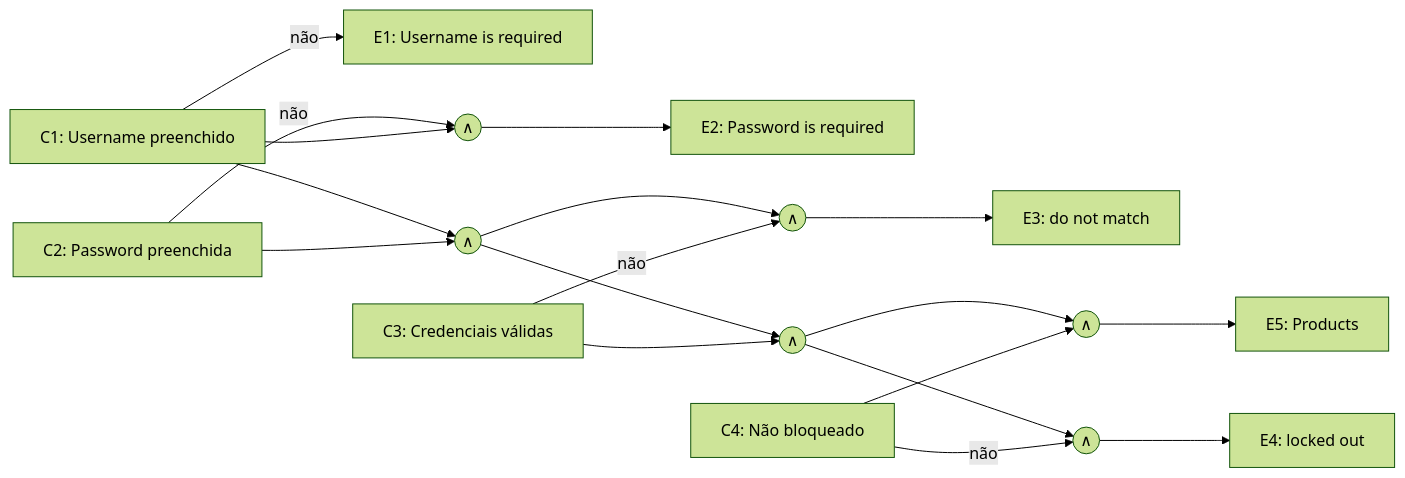
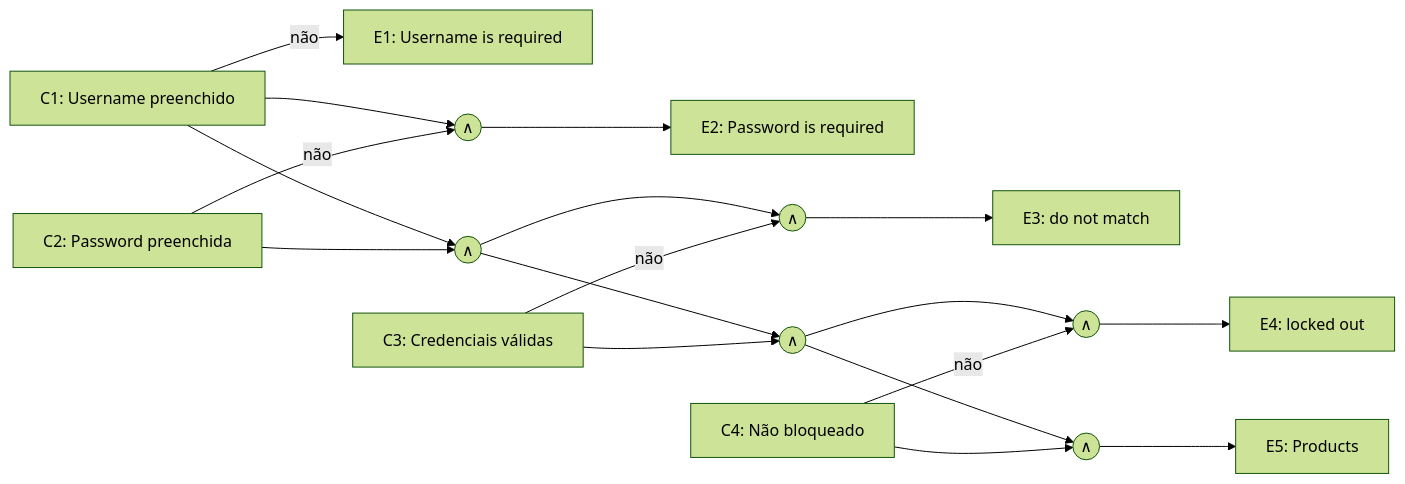
One commit to luis-hm/Lab-de-testes changed the diagram in docs/03-casos-de-teste/US001-login.md. Above: the diagram before and after it, drawn with Mermaid (forest theme). The commit also changed other lines of this file and 18 other files, not shown here.

````diff
--- a/docs/03-casos-de-teste/US001-login.md
+++ b/docs/03-casos-de-teste/US001-login.md
@@ -39,20 +39,20 @@
 ```mermaid
 graph LR
   C1[C1: Username preenchido] -->|não| E1[E1: Username is required]
   C1 --> A1((∧))
-  C2[C2: Password preenchida] -->|não| A0((∧))
-  C1 --> A0
-  A0 --> E2[E2: Password is required]
-  C2 --> A1
-  A1 --> A2((∧))
-  C3[C3: Credenciais válidas] --> A2
-  A1 --> A3((∧))
-  C3 -->|não| A3
+  C2[C2: Password preenchida] -->|não| A1
+  A1 --> E2[E2: Password is required]
+  C1 --> A2((∧))
+  C2 --> A2
+  A2 --> A3((∧))
+  C3[C3: Credenciais válidas] -->|não| A3
   A3 --> E3[E3: do not match]
   A2 --> A4((∧))
-  C4[C4: Não bloqueado] --> A4
-  A4 --> E5[E5: Products]
-  A2 --> A5((∧))
-  C4 -->|não| A5
+  C3 --> A4
+  A4 --> A5((∧))
+  C4[C4: Não bloqueado] -->|não| A5
   A5 --> E4[E4: locked out]
+  A4 --> A6((∧))
+  C4 --> A6
+  A6 --> E5[E5: Products]
 ```
````
